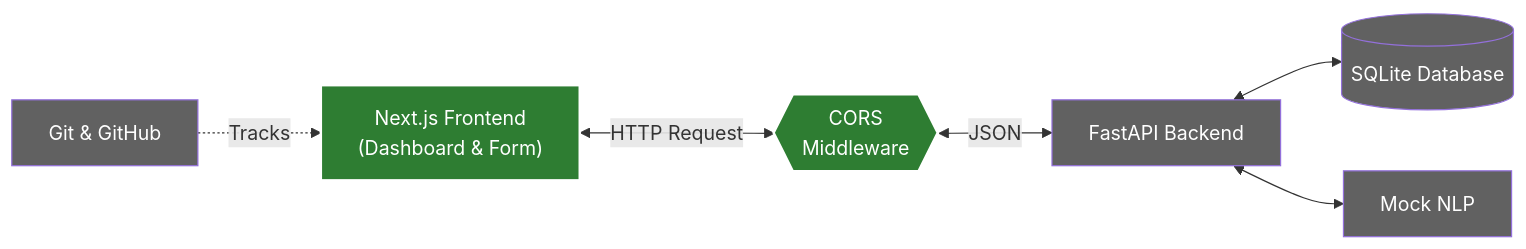
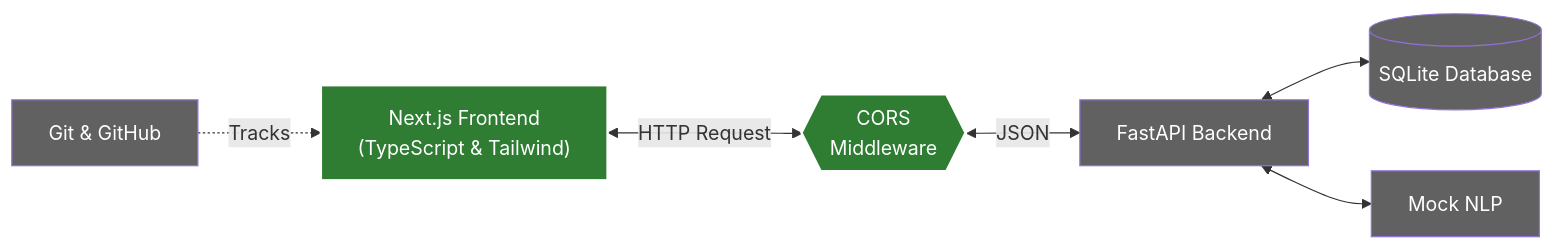
Before and after one commit to Saima-H/orientrix-training: diagram 11 of 16 in AI_JOURNAL.md, drawn with Mermaid. The commit also changed other lines of this file, not shown here.

````diff
--- a/AI_JOURNAL.md
+++ b/AI_JOURNAL.md
@@ -233,18 +241,18 @@
 ```mermaid
 flowchart LR
     Git["Git & GitHub"]:::past
-    FE["Next.js Frontend<br/>(Dashboard & Form)"]:::day5
+    FE["Next.js Frontend<br/>(TypeScript & Tailwind)"]:::day5
     CORS{{"CORS<br/>Middleware"}}:::day5
     BE["FastAPI Backend"]:::past
     AI["Mock NLP"]:::past
     DB[("SQLite Database")]:::past
 
     Git -. "Tracks" .-> FE
     FE <-->|HTTP Request| CORS
     CORS <-->|JSON| BE
     BE <--> DB
     BE <--> AI
 
     classDef past fill:#616161,color:#fff;
     classDef day5 fill:#2e7d32,color:#fff,stroke:#fff,stroke-width:2px;
 ```
````
